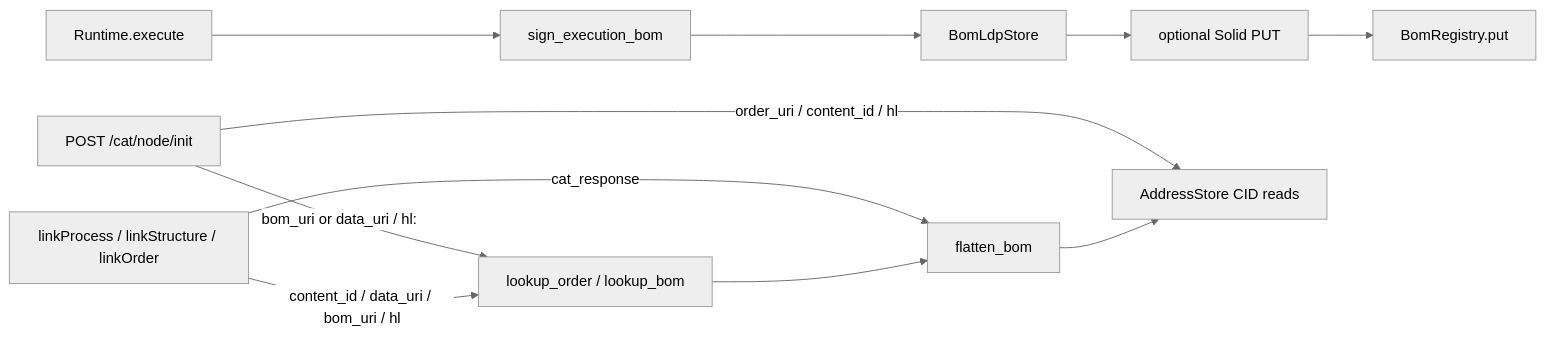
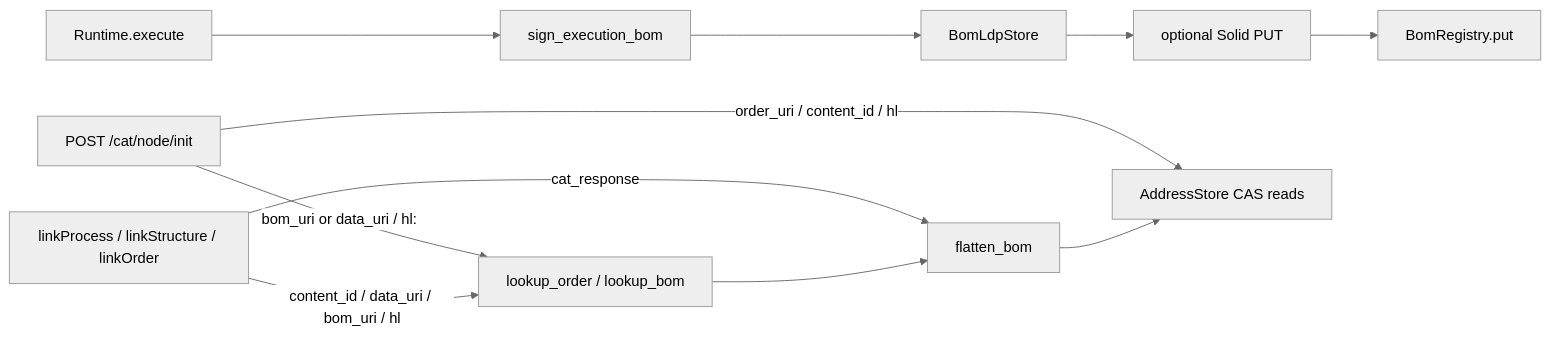
Before and after one commit to DynamicalSystemsGroup/cats: the diagram in docs/BomRegistry.md, drawn with Mermaid (neutral theme). The commit also changed other lines of this file and 17 other files, not shown here.

Commit message:
Retarget docs to CAS and W3C anchors docs: replace CID-centric wording with *_uri / ni: /  CAS-over-HTTP; point §6x refs at W3C.md labels

````diff
--- a/docs/BomRegistry.md
+++ b/docs/BomRegistry.md
@@ -44,20 +44,20 @@
 ```mermaid
 flowchart LR
   Runtime[Runtime.execute]
   Sign[sign_execution_bom]
   Ldp[BomLdpStore]
   Solid[optional Solid PUT]
   Reg[BomRegistry.put]
   Init["POST /cat/node/init"]
   Link["linkProcess / linkStructure / linkOrder"]
   Lookup[lookup_order / lookup_bom]
   Flatten[flatten_bom]
-  Data[AddressStore CID reads]
+  Data[AddressStore CAS reads]
 
   Runtime --> Sign --> Ldp --> Solid --> Reg
   Init -->|"order_uri / content_id / hl"| Data
   Init -->|"bom_uri or data_uri / hl:"| Lookup
   Link -->|"cat_response"| Flatten
   Link -->|"content_id / data_uri / bom_uri / hl"| Lookup
   Lookup --> Flatten --> Data
 ```
````
